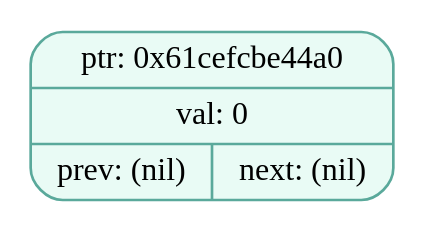
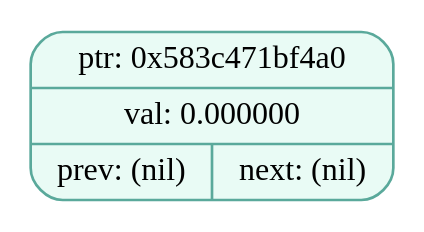
Before and after one commit to EvilTomato9890/Difference: the diagram in dumps/tree_dump_005.dot, drawn with Graphviz. The commit also changed 36 other files, not shown here.

```diff
--- a/dumps/tree_dump_005.dot
+++ b/dumps/tree_dump_005.dot
@@ -1,5 +1,5 @@
 digraph T{
   node [fontname="Fira Mono",shape=record,style="filled,rounded",fontsize=12];
   graph [splines=true, nodesep=0.6, ranksep=0.6];
-  node_0x61cefcbe44a0[shape=record,label="{ {ptr: 0x61cefcbe44a0} | {val: 0} | { prev: (nil) | next: (nil) } }",color="#5aa99b",fillcolor="#e9fbf5"];
+  node_0x583c471bf4a0[shape=record,label="{ {ptr: 0x583c471bf4a0} | {val: 0.000000} | { prev: (nil) | next: (nil) } }",color="#5aa99b",fillcolor="#e9fbf5"];
 }
```
